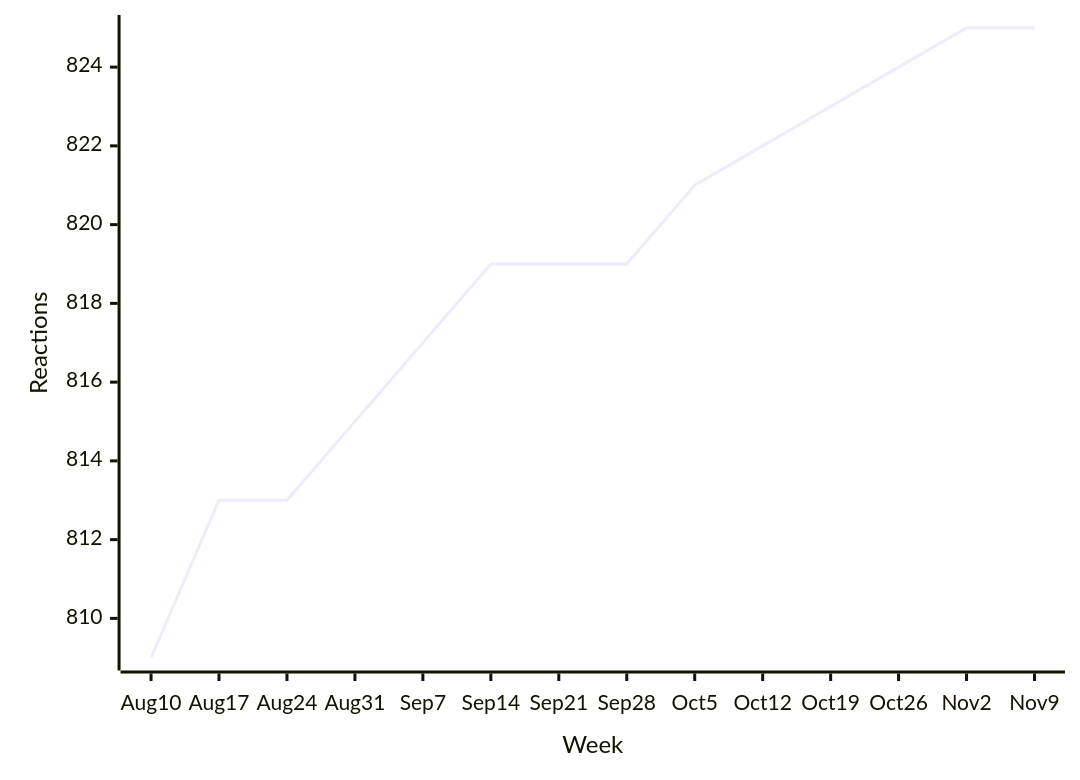
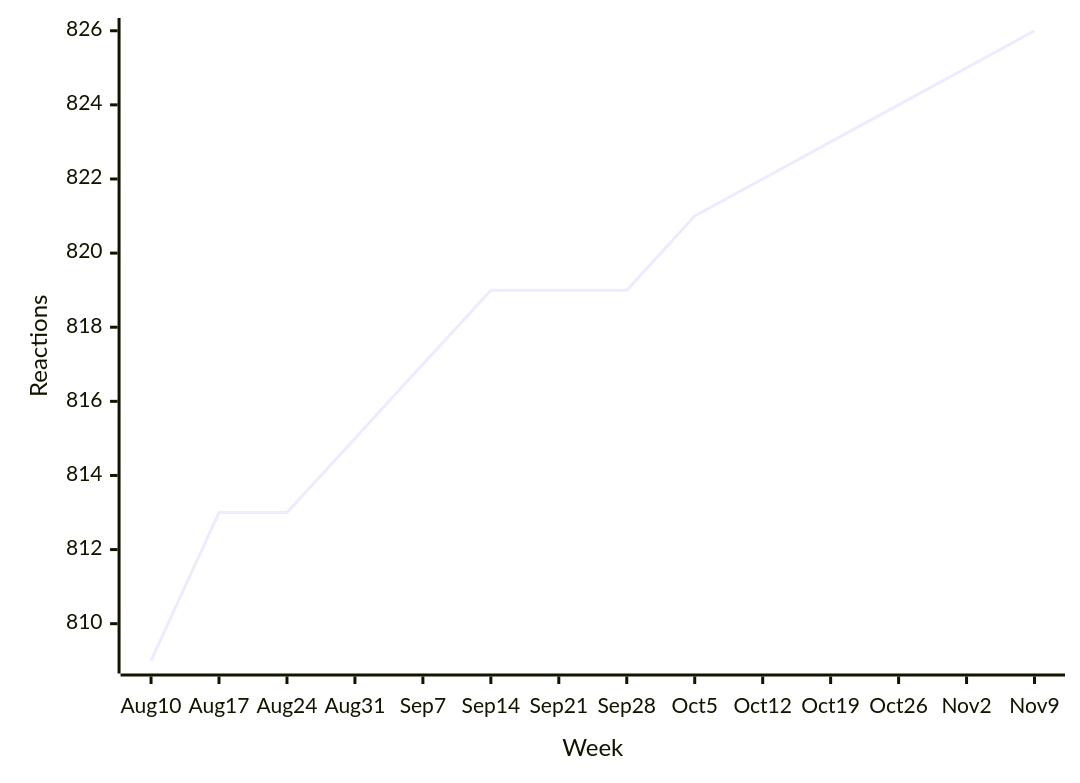
One commit to loic-sharma/github-insights changed the eighth of 39 diagrams in README.md. Above: the diagram before and after it, drawn with Mermaid. The commit also changed other lines of this file and 1 other file, not shown here.

````diff
--- a/README.md
+++ b/README.md
@@ -443,6 +443,6 @@
   ```mermaid
   xychart-beta
     x-axis "Week" [Aug 10, Aug 17, Aug 24, Aug 31, Sep 7, Sep 14, Sep 21, Sep 28, Oct 5, Oct 12, Oct 19, Oct 26, Nov 2, Nov 9]
     y-axis "Reactions"
-    line [809, 813, 813, 815, 817, 819, 819, 819, 821, 822, 823, 824, 825, 825]
+    line [809, 813, 813, 815, 817, 819, 819, 819, 821, 822, 823, 824, 825, 826]
   ```
````
